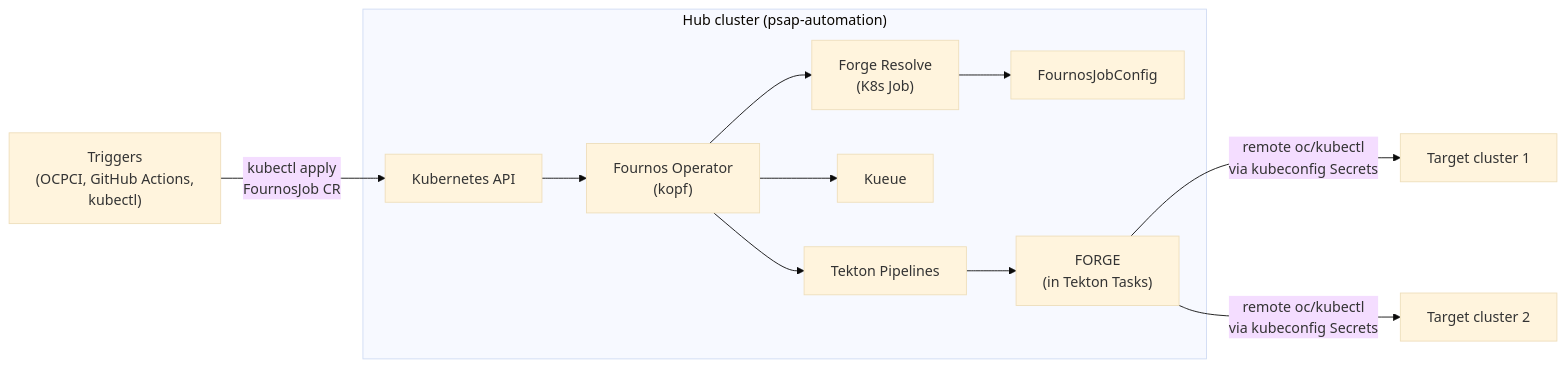
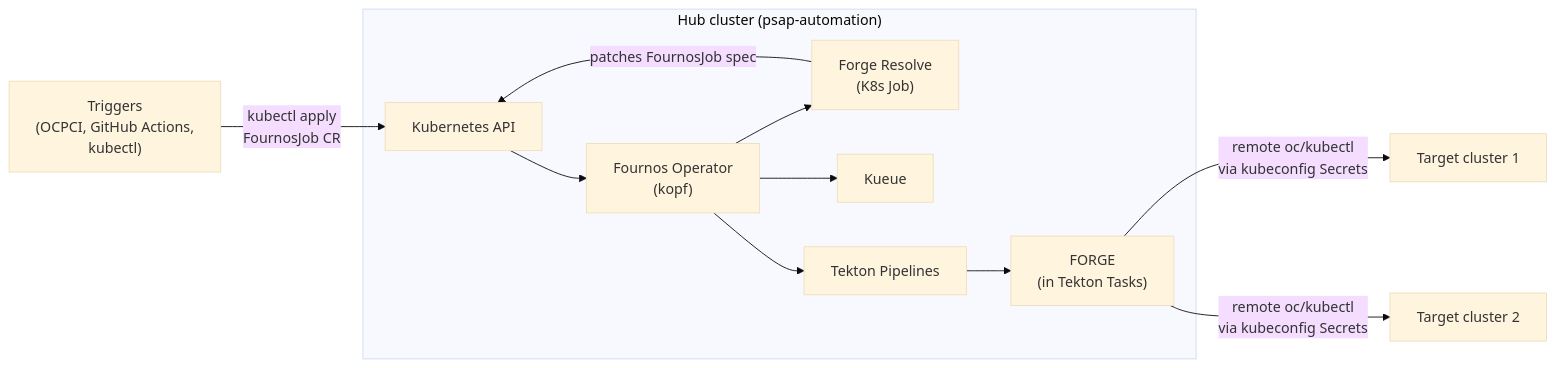
The first of 2 diagrams in Fournos_Design_Document.md (openshift-psap/fournos), drawn with Mermaid (base theme) before and after one commit. The commit also changed other lines of this file and 16 other files, not shown here.

Commit message:
Refactor Resolving Forge job to write directly into fjob; drop fjobconfig

````diff
--- a/Fournos_Design_Document.md
+++ b/Fournos_Design_Document.md
@@ -11,21 +11,20 @@
 ```mermaid
 flowchart LR
     Triggers["Triggers\n(OCPCI, GitHub Actions,\nkubectl)"] -->|"kubectl apply\nFournosJob CR"| K8sAPI
     subgraph Hub["Hub cluster (psap-automation)"]
         K8sAPI["Kubernetes API"]
         Operator["Fournos Operator\n(kopf)"]
         ForgeResolve["Forge Resolve\n(K8s Job)"]
-        FJC["FournosJobConfig"]
         Kueue["Kueue"]
         Tekton["Tekton Pipelines"]
         FORGE["FORGE\n(in Tekton Tasks)"]
         K8sAPI --> Operator
         Operator --> ForgeResolve
-        ForgeResolve --> FJC
+        ForgeResolve -->|"patches FournosJob spec"| K8sAPI
         Operator --> Kueue
         Operator --> Tekton
         Tekton --> FORGE
     end
     FORGE -- "remote oc/kubectl\nvia kubeconfig Secrets" --> Target1["Target cluster 1"]
     FORGE -- "remote oc/kubectl\nvia kubeconfig Secrets" --> Target2["Target cluster 2"]
 ```
````
